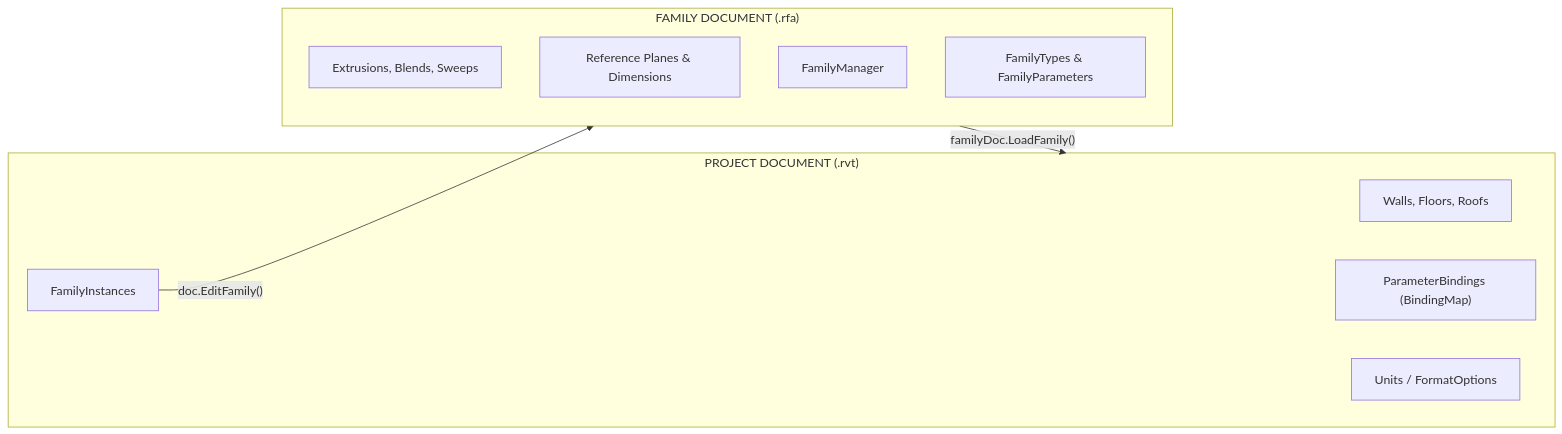
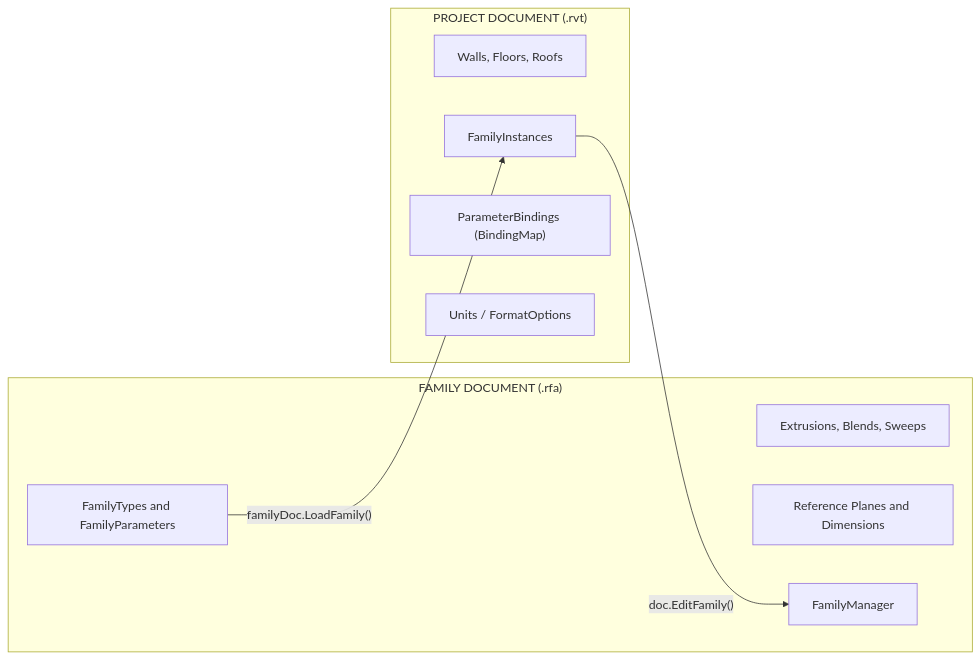
Diagram 13 of 22 in RevitApiSamples/Samples/Parameters/ParameterModule.md (Mustafa-TOMMY/CommandSamplesRevitApiVer2025), drawn with Mermaid before and after one commit.

Commit message:
Refactor flowchart in ParameterModule.md
Updated the flowchart to remove duplicate FamilyContext subgraph and adjusted connections.

````diff
--- a/RevitApiSamples/Samples/Parameters/ParameterModule.md
+++ b/RevitApiSamples/Samples/Parameters/ParameterModule.md
@@ -587,19 +587,19 @@
 ```mermaid
 flowchart LR
+    subgraph FamilyContext["FAMILY DOCUMENT (.rfa)"]
+        Geom["Extrusions, Blends, Sweeps"]
+        RefPlanes["Reference Planes and Dimensions"]
+        FamMgr["FamilyManager"]
+        FamTypes["FamilyTypes and FamilyParameters"]
+    end
+
     subgraph ProjectContext["PROJECT DOCUMENT (.rvt)"]
         Walls["Walls, Floors, Roofs"]
         Instances["FamilyInstances"]
         ProjBindings["ParameterBindings (BindingMap)"]
         ProjUnits["Units / FormatOptions"]
     end
 
-    subgraph FamilyContext["FAMILY DOCUMENT (.rfa)"]
-        Geom["Extrusions, Blends, Sweeps"]
-        RefPlanes["Reference Planes & Dimensions"]
-        FamMgr["FamilyManager"]
-        FamTypes["FamilyTypes & FamilyParameters"]
-    end
-
-    Instances -->|"doc.EditFamily()"| FamilyContext
-    FamilyContext -->|"familyDoc.LoadFamily()"| ProjectContext
+    Instances -->|"doc.EditFamily()"| FamMgr
+    FamTypes -->|"familyDoc.LoadFamily()"| Instances
 ```
````
